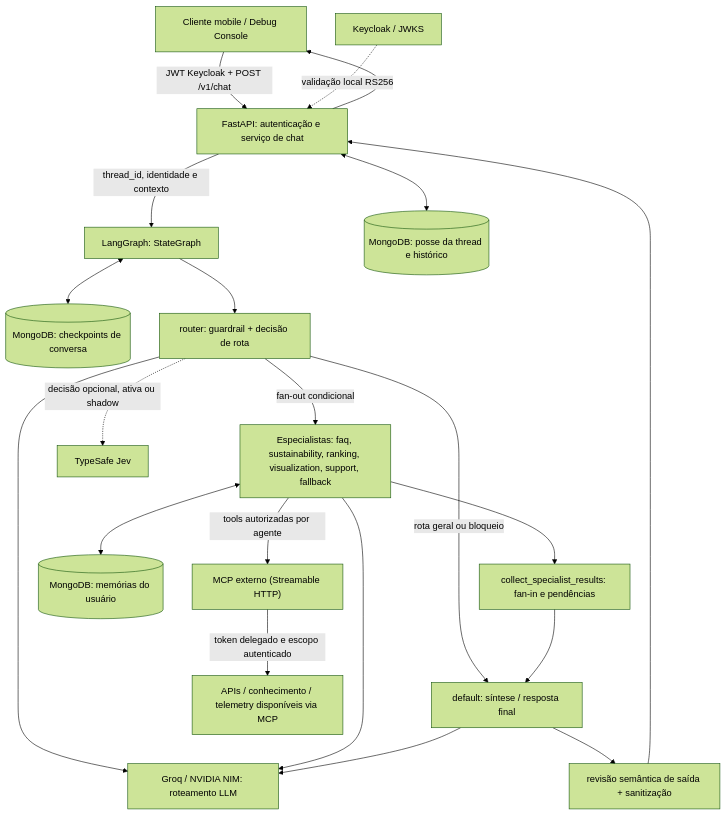
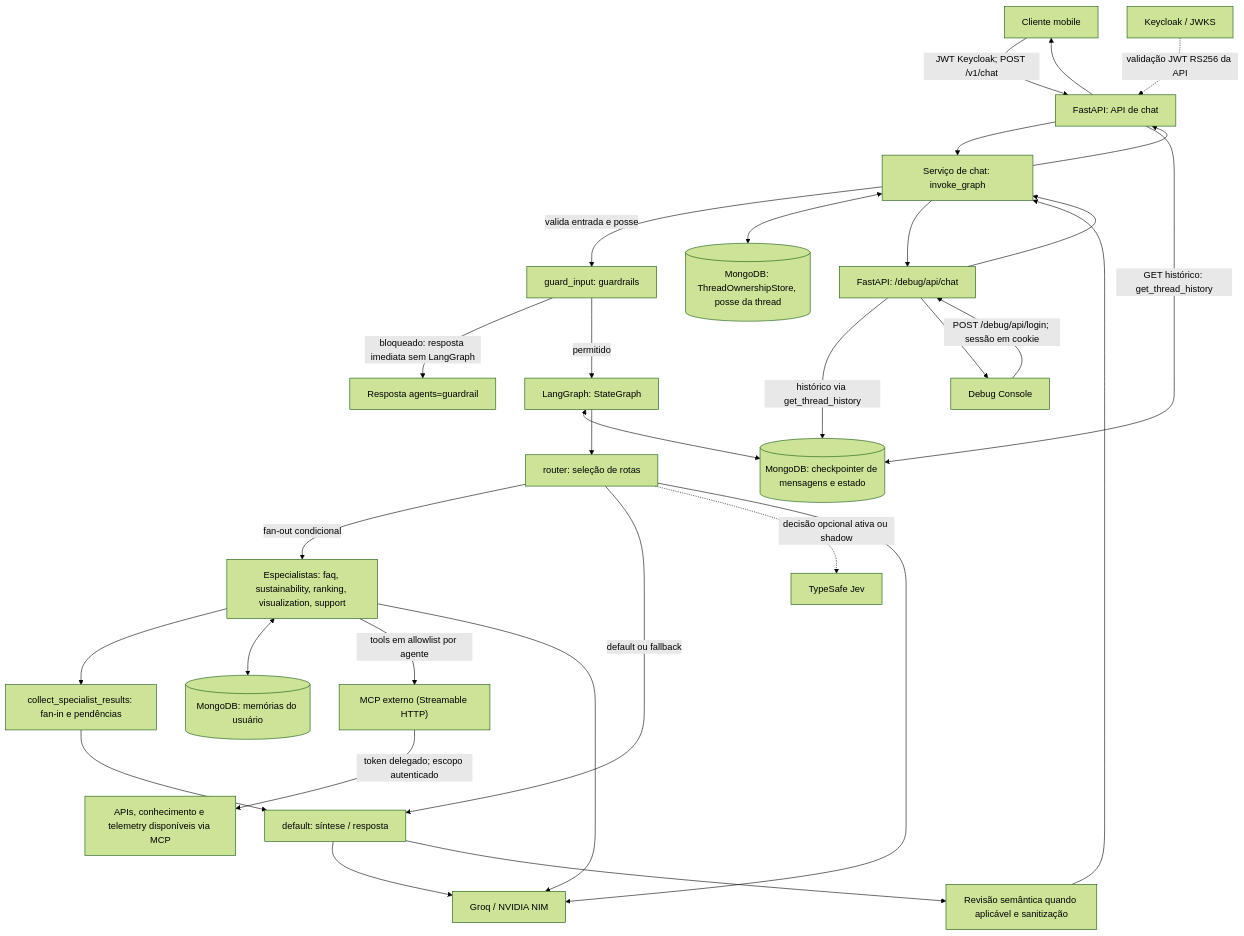
Before and after one commit to Ouros-App/ms-ai-server: the first of 2 diagrams in README.md, drawn with Mermaid (forest theme). The commit also changed other lines of this file, not shown here.

Commit message:
docs: correct architecture diagrams per CodeRabbit review

````diff
--- a/README.md
+++ b/README.md
@@ -51,23 +51,33 @@
 ```mermaid
 flowchart TD
-    Client["Cliente mobile / Debug Console"] -->|"JWT Keycloak + POST /v1/chat"| API["FastAPI: autenticação e serviço de chat"]
-    Keycloak["Keycloak / JWKS"] -. "validação local RS256" .-> API
-    API -->|"thread_id, identidade e contexto"| LG["LangGraph: StateGraph"]
-    LG <--> CP[("MongoDB: checkpoints de conversa")]
-    API <--> Ownership[("MongoDB: posse da thread e histórico")]
-    LG --> Router["router: guardrail + decisão de rota"]
-    Router -->|"fan-out condicional"| Specialists["Especialistas: faq, sustainability, ranking, visualization, support, fallback"]
-    Router -->|"rota geral ou bloqueio"| Default["default: síntese / resposta final"]
+    Mobile["Cliente mobile"] -->|"JWT Keycloak; POST /v1/chat"| API["FastAPI: API de chat"]
+    Debug["Debug Console"] -->|"POST /debug/api/login; sessão em cookie"| DebugAPI["FastAPI: /debug/api/chat"]
+    Keycloak["Keycloak / JWKS"] -. "validação JWT RS256 da API" .-> API
+    API --> Chat["Serviço de chat: invoke_graph"]
+    DebugAPI --> Chat
+    Chat -->|"valida entrada e posse"| Guard["guard_input: guardrails"]
+    Guard -->|"bloqueado: resposta imediata sem LangGraph"| Block["Resposta agents=guardrail"]
+    Guard -->|"permitido"| LG["LangGraph: StateGraph"]
+    Chat <--> Ownership[("MongoDB: ThreadOwnershipStore, posse da thread")]
+    LG <--> CP[("MongoDB: checkpointer de mensagens e estado")]
+    API -->|"GET histórico: get_thread_history"| CP
+    DebugAPI -->|"histórico via get_thread_history"| CP
+    LG --> Router["router: seleção de rotas"]
+    Router -->|"fan-out condicional"| Specialists["Especialistas: faq, sustainability, ranking, visualization, support"]
+    Router -->|"default ou fallback"| Default["default: síntese / resposta"]
     Specialists --> Collect["collect_specialist_results: fan-in e pendências"]
     Collect --> Default
     Specialists <--> Memory[("MongoDB: memórias do usuário")]
-    Specialists -->|"tools autorizadas por agente"| MCP["MCP externo (Streamable HTTP)"]
-    MCP -->|"token delegado e escopo autenticado"| Domain["APIs / conhecimento / telemetry disponíveis via MCP"]
-    Router -. "decisão opcional, ativa ou shadow" .-> Jev["TypeSafe Jev"]
-    Router --> Providers["Groq / NVIDIA NIM: roteamento LLM"]
+    Specialists -->|"tools em allowlist por agente"| MCP["MCP externo (Streamable HTTP)"]
+    MCP -->|"token delegado; escopo autenticado"| Domain["APIs, conhecimento e telemetry disponíveis via MCP"]
+    Router -. "decisão opcional ativa ou shadow" .-> Jev["TypeSafe Jev"]
+    Router --> Providers["Groq / NVIDIA NIM"]
     Specialists --> Providers
     Default --> Providers
-    Default --> Output["revisão semântica de saída + sanitização"]
-    Output --> API
-    API --> Client
+    Default --> Output["Revisão semântica quando aplicável e sanitização"]
+    Output --> Chat
+    Chat --> API
+    Chat --> DebugAPI
+    API --> Mobile
+    DebugAPI --> Debug
 ```
````
